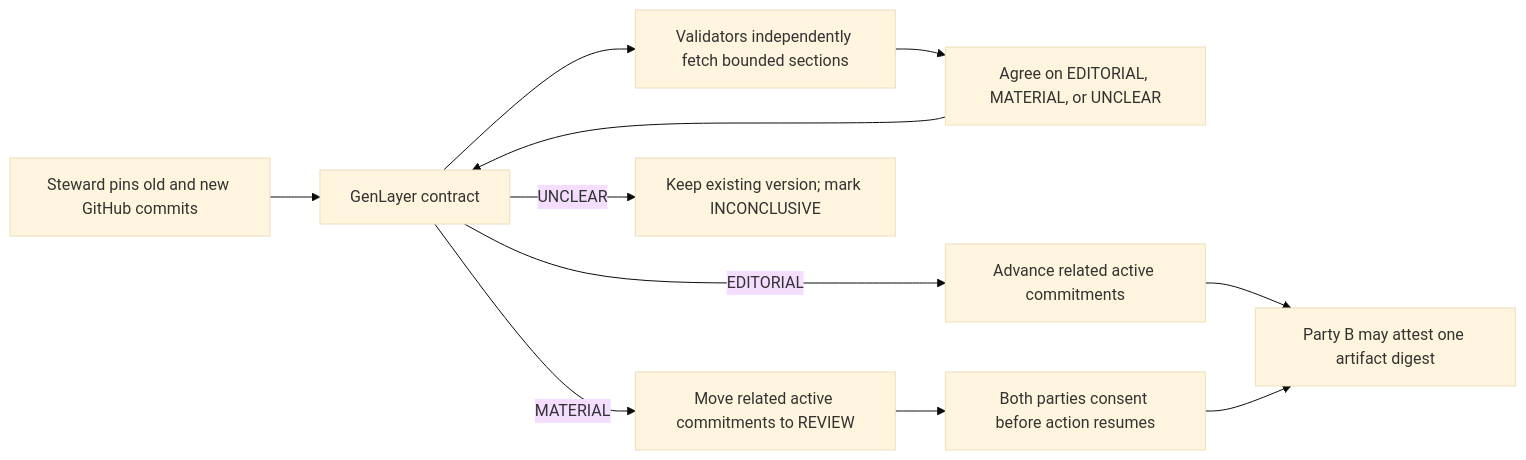
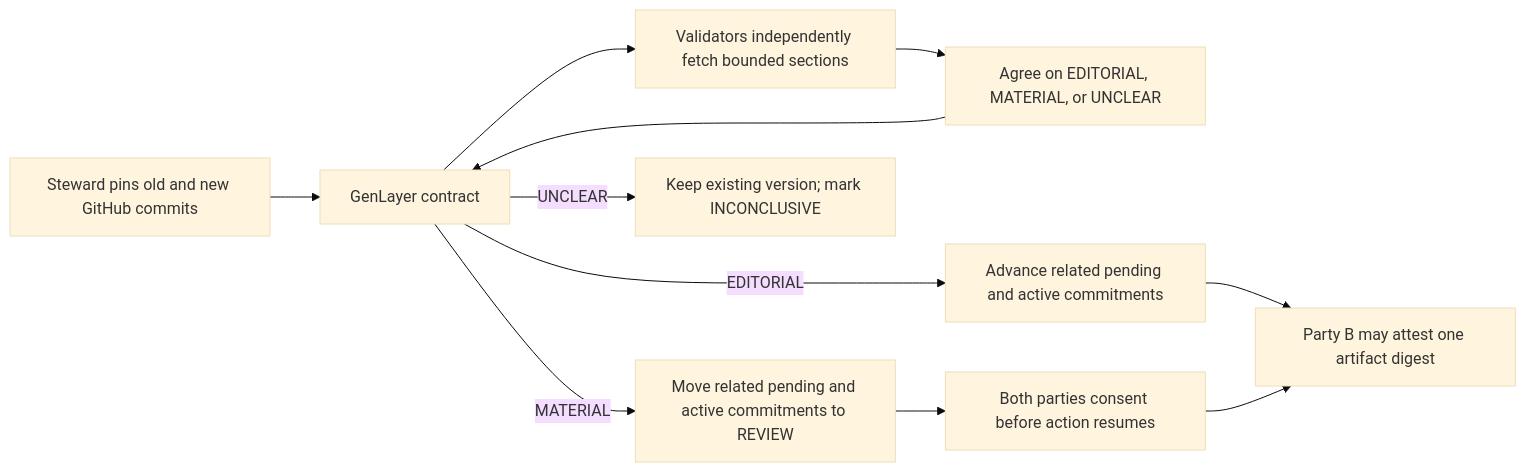
The diagram in README.md (smokexbadlines-dot/policy-drift-firewall-genlayer), drawn with Mermaid (base theme) before and after one commit. The commit also changed other lines of this file and 21 other files, not shown here.

````diff
--- a/README.md
+++ b/README.md
@@ -13,13 +18,13 @@
 ```mermaid
 flowchart LR
   S[Steward pins old and new GitHub commits] --> C[GenLayer contract]
   C --> V[Validators independently fetch bounded sections]
   V --> J[Agree on EDITORIAL, MATERIAL, or UNCLEAR]
   J --> C
-  C -->|EDITORIAL| A[Advance related active commitments]
-  C -->|MATERIAL| R[Move related active commitments to REVIEW]
+  C -->|EDITORIAL| A[Advance related pending and active commitments]
+  C -->|MATERIAL| R[Move related pending and active commitments to REVIEW]
   C -->|UNCLEAR| H[Keep existing version; mark INCONCLUSIVE]
   R --> P[Both parties consent before action resumes]
   A --> E[Party B may attest one artifact digest]
   P --> E
 ```
````
